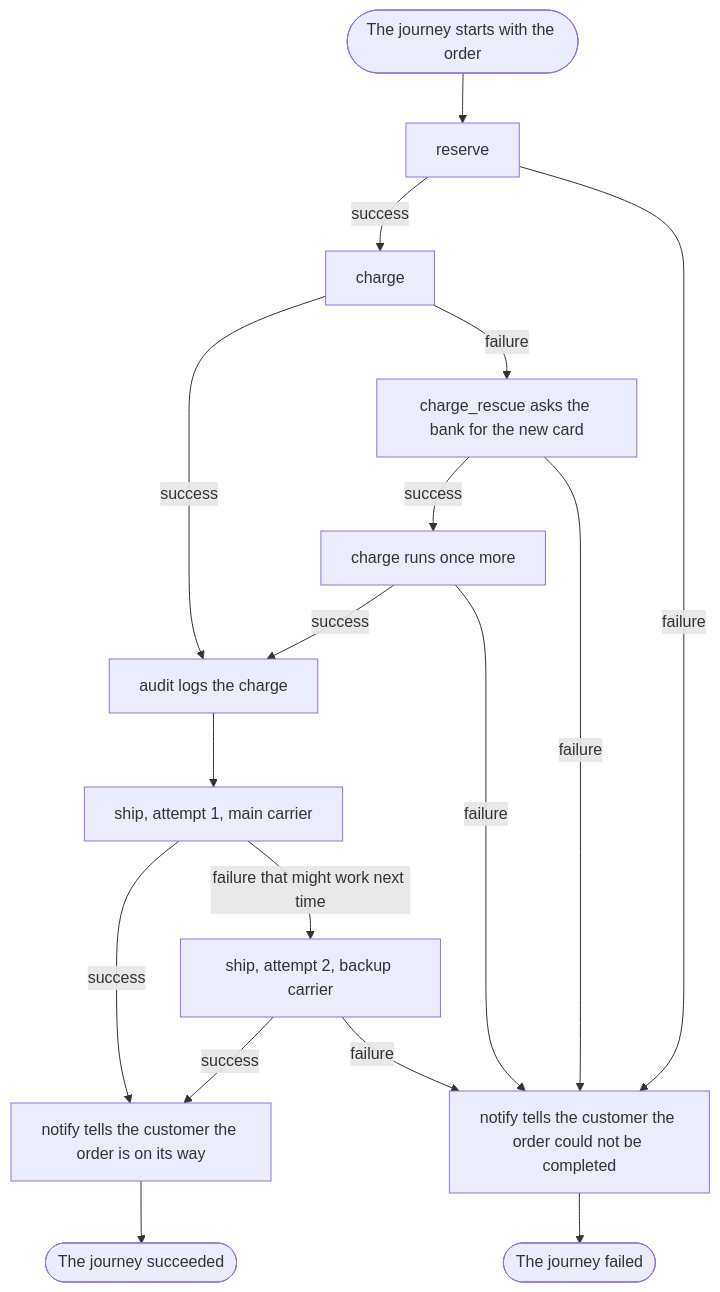
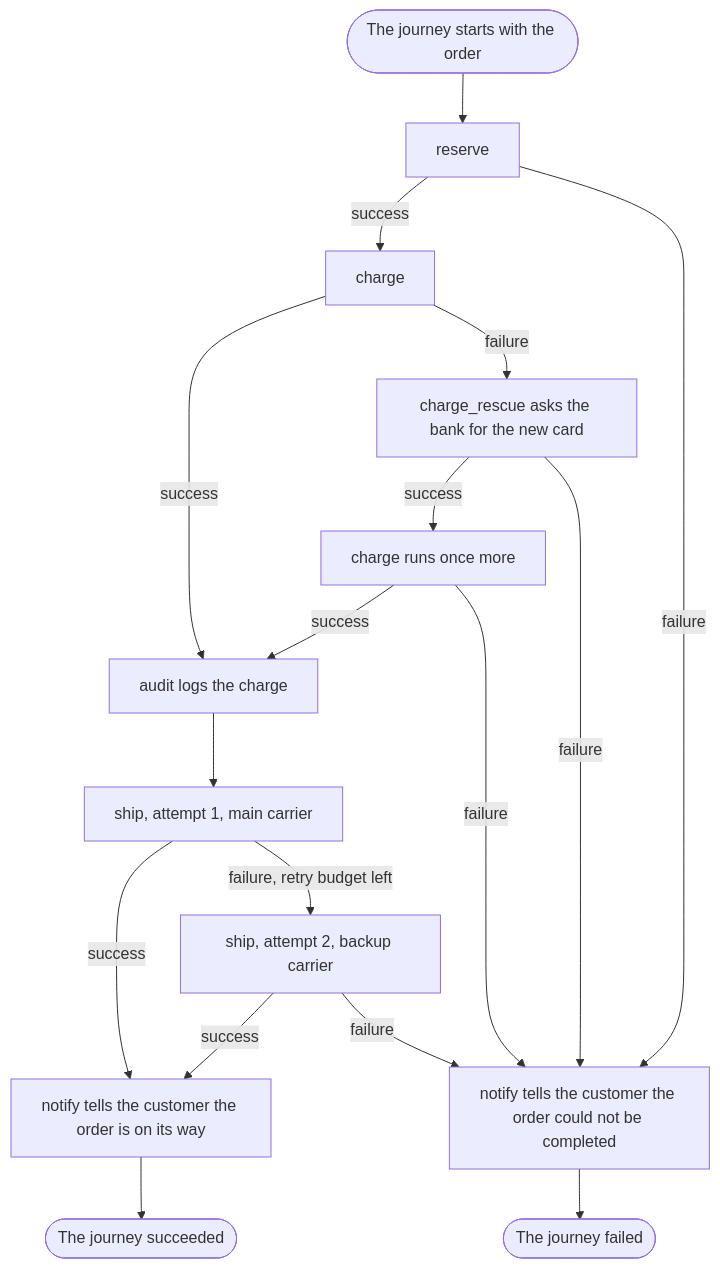
The diagram in rust/chapters/02-the-big-picture.md (itinera-dev/book), drawn with Mermaid before and after one commit. The commit also changed other lines of this file and 41 other files, not shown here.

First line of the commit message:
Follow itinera 0106: the retry budget decides, and errors are retried

````diff
--- a/rust/chapters/02-the-big-picture.md
+++ b/rust/chapters/02-the-big-picture.md
@@ -61,21 +61,21 @@
 ```mermaid
 flowchart TD
   accTitle: A journey through the shop
   accDescr: The journey reserves the goods, then charges the card. A successful charge is audited, then the order is shipped. A failed charge is rescued by charge_rescue; when the rescue succeeds the charge runs once more, and when the rescue or the second charge fails the journey fails. Shipping is tried with the main carrier; when it cannot take the parcel, shipping is tried once more with the backup carrier. When shipping succeeds, notify tells the customer and the journey succeeds. Any failure that is not repaired leads notify to tell the customer, and the journey fails.
   start([The journey starts with the order]) --> reserve[reserve]
   reserve -- success --> charge[charge]
   reserve -- failure --> told_failed[notify tells the customer the order could not be completed]
   charge -- success --> audit[audit logs the charge]
   charge -- failure --> rescue[charge_rescue asks the bank for the new card]
   rescue -- success --> again[charge runs once more]
   rescue -- failure --> told_failed
   again -- success --> audit
   again -- failure --> told_failed
   audit --> ship[ship, attempt 1, main carrier]
   ship -- success --> told_shipped[notify tells the customer the order is on its way]
-  ship -- failure that might work next time --> ship2[ship, attempt 2, backup carrier]
+  ship -- failure, retry budget left --> ship2[ship, attempt 2, backup carrier]
   ship2 -- success --> told_shipped
   ship2 -- failure --> told_failed
   told_shipped --> succeeded([The journey succeeded])
   told_failed --> failed([The journey failed])
 ```
````
